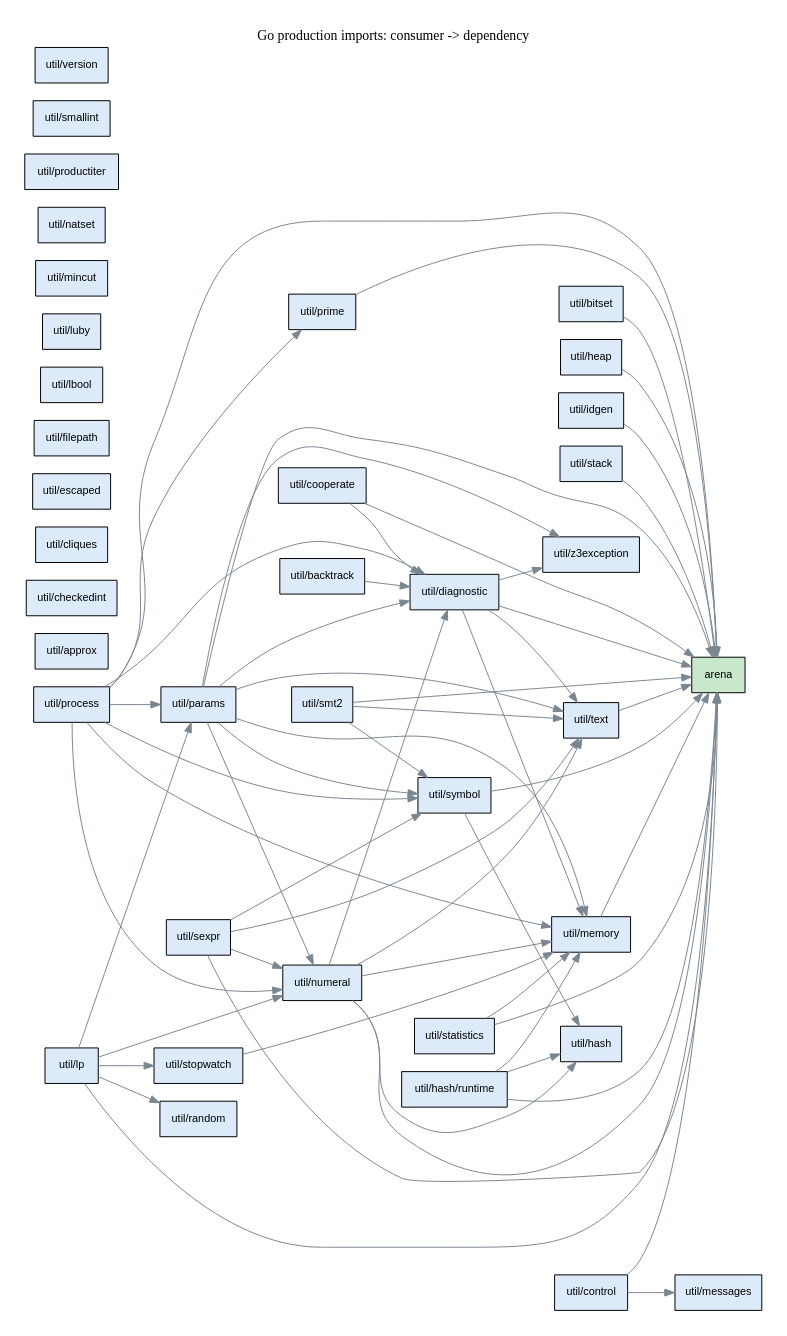
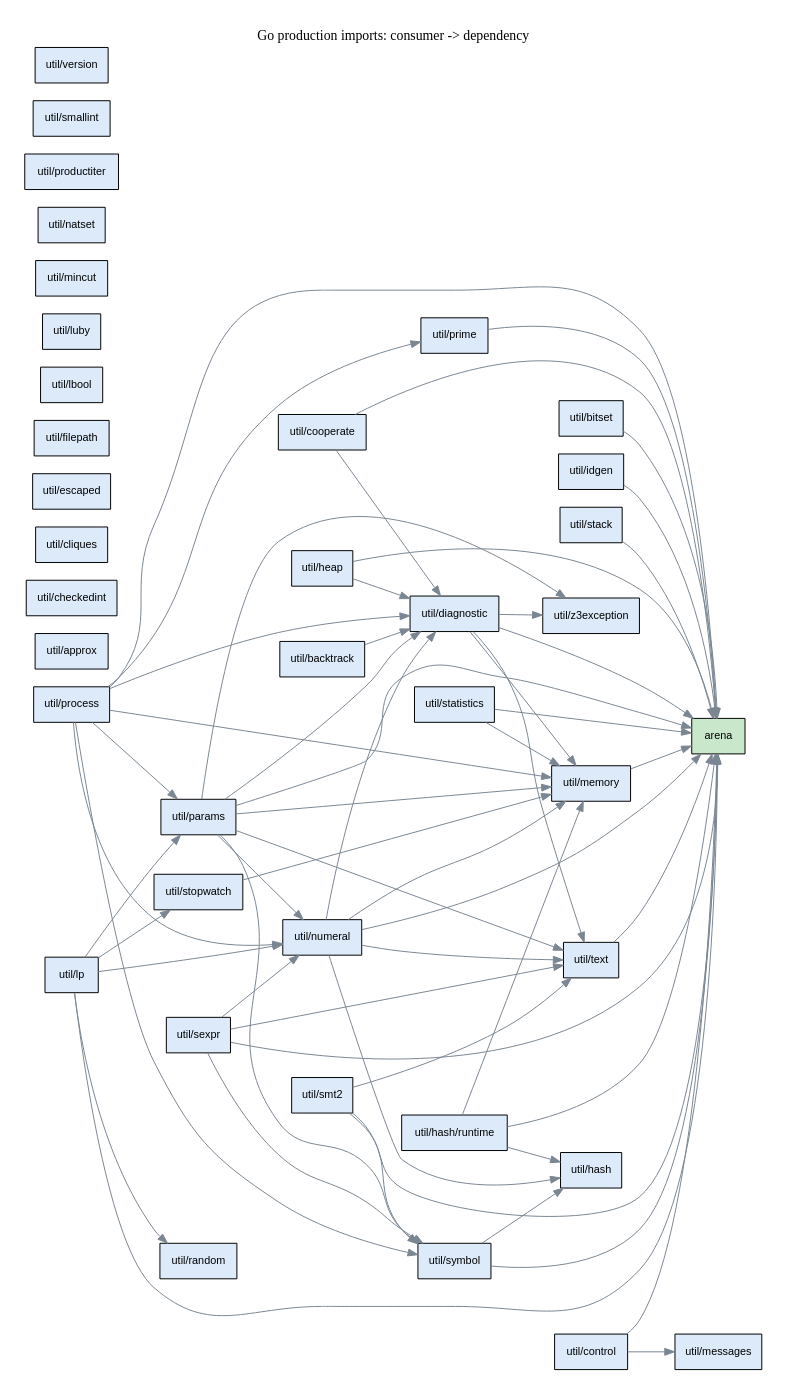
The diagram in doc/util_dependencies.dot (glycerine/g3-preview), drawn with Graphviz before and after one commit. The commit also changed 9 other files, not shown here.

```diff
--- a/doc/util_dependencies.dot
+++ b/doc/util_dependencies.dot
@@ -1,101 +1,102 @@
 digraph packages {
   rankdir=LR;
   graph [bgcolor=white, pad=0.25];
   node [shape=box, fontname="sans-serif", fontsize=11];
   edge [color="#7a8793"];
   label="Go production imports: consumer -> dependency";
   labelloc=t;
   "arena" [style=filled, fillcolor="#c9e8cb"];
   "util/approx" [style=filled, fillcolor="#dceafa"];
   "util/backtrack" [style=filled, fillcolor="#dceafa"];
   "util/backtrack" -> "util/diagnostic";
   "util/bitset" [style=filled, fillcolor="#dceafa"];
   "util/bitset" -> "arena";
   "util/checkedint" [style=filled, fillcolor="#dceafa"];
   "util/cliques" [style=filled, fillcolor="#dceafa"];
   "util/control" [style=filled, fillcolor="#dceafa"];
   "util/control" -> "arena";
   "util/control" -> "util/messages";
   "util/cooperate" [style=filled, fillcolor="#dceafa"];
   "util/cooperate" -> "arena";
   "util/cooperate" -> "util/diagnostic";
   "util/diagnostic" [style=filled, fillcolor="#dceafa"];
   "util/diagnostic" -> "arena";
   "util/diagnostic" -> "util/memory";
   "util/diagnostic" -> "util/text";
   "util/diagnostic" -> "util/z3exception";
   "util/escaped" [style=filled, fillcolor="#dceafa"];
   "util/filepath" [style=filled, fillcolor="#dceafa"];
   "util/hash" [style=filled, fillcolor="#dceafa"];
   "util/hash/runtime" [style=filled, fillcolor="#dceafa"];
   "util/hash/runtime" -> "arena";
   "util/hash/runtime" -> "util/hash";
   "util/hash/runtime" -> "util/memory";
   "util/heap" [style=filled, fillcolor="#dceafa"];
   "util/heap" -> "arena";
+  "util/heap" -> "util/diagnostic";
   "util/idgen" [style=filled, fillcolor="#dceafa"];
   "util/idgen" -> "arena";
   "util/lbool" [style=filled, fillcolor="#dceafa"];
   "util/lp" [style=filled, fillcolor="#dceafa"];
   "util/lp" -> "arena";
   "util/lp" -> "util/numeral";
   "util/lp" -> "util/params";
   "util/lp" -> "util/random";
   "util/lp" -> "util/stopwatch";
   "util/luby" [style=filled, fillcolor="#dceafa"];
   "util/memory" [style=filled, fillcolor="#dceafa"];
   "util/memory" -> "arena";
   "util/messages" [style=filled, fillcolor="#dceafa"];
   "util/mincut" [style=filled, fillcolor="#dceafa"];
   "util/natset" [style=filled, fillcolor="#dceafa"];
   "util/numeral" [style=filled, fillcolor="#dceafa"];
   "util/numeral" -> "arena";
   "util/numeral" -> "util/diagnostic";
   "util/numeral" -> "util/hash";
   "util/numeral" -> "util/memory";
   "util/numeral" -> "util/text";
   "util/params" [style=filled, fillcolor="#dceafa"];
   "util/params" -> "arena";
   "util/params" -> "util/diagnostic";
   "util/params" -> "util/memory";
   "util/params" -> "util/numeral";
   "util/params" -> "util/symbol";
   "util/params" -> "util/text";
   "util/params" -> "util/z3exception";
   "util/prime" [style=filled, fillcolor="#dceafa"];
   "util/prime" -> "arena";
   "util/process" [style=filled, fillcolor="#dceafa"];
   "util/process" -> "arena";
   "util/process" -> "util/diagnostic";
   "util/process" -> "util/memory";
   "util/process" -> "util/numeral";
   "util/process" -> "util/params";
   "util/process" -> "util/prime";
   "util/process" -> "util/symbol";
   "util/productiter" [style=filled, fillcolor="#dceafa"];
   "util/random" [style=filled, fillcolor="#dceafa"];
   "util/sexpr" [style=filled, fillcolor="#dceafa"];
   "util/sexpr" -> "arena";
   "util/sexpr" -> "util/numeral";
   "util/sexpr" -> "util/symbol";
   "util/sexpr" -> "util/text";
   "util/smallint" [style=filled, fillcolor="#dceafa"];
   "util/smt2" [style=filled, fillcolor="#dceafa"];
   "util/smt2" -> "arena";
   "util/smt2" -> "util/symbol";
   "util/smt2" -> "util/text";
   "util/stack" [style=filled, fillcolor="#dceafa"];
   "util/stack" -> "arena";
   "util/statistics" [style=filled, fillcolor="#dceafa"];
   "util/statistics" -> "arena";
   "util/statistics" -> "util/memory";
   "util/stopwatch" [style=filled, fillcolor="#dceafa"];
   "util/stopwatch" -> "util/memory";
   "util/symbol" [style=filled, fillcolor="#dceafa"];
   "util/symbol" -> "arena";
   "util/symbol" -> "util/hash";
   "util/text" [style=filled, fillcolor="#dceafa"];
   "util/text" -> "arena";
   "util/version" [style=filled, fillcolor="#dceafa"];
   "util/z3exception" [style=filled, fillcolor="#dceafa"];
 }
```
